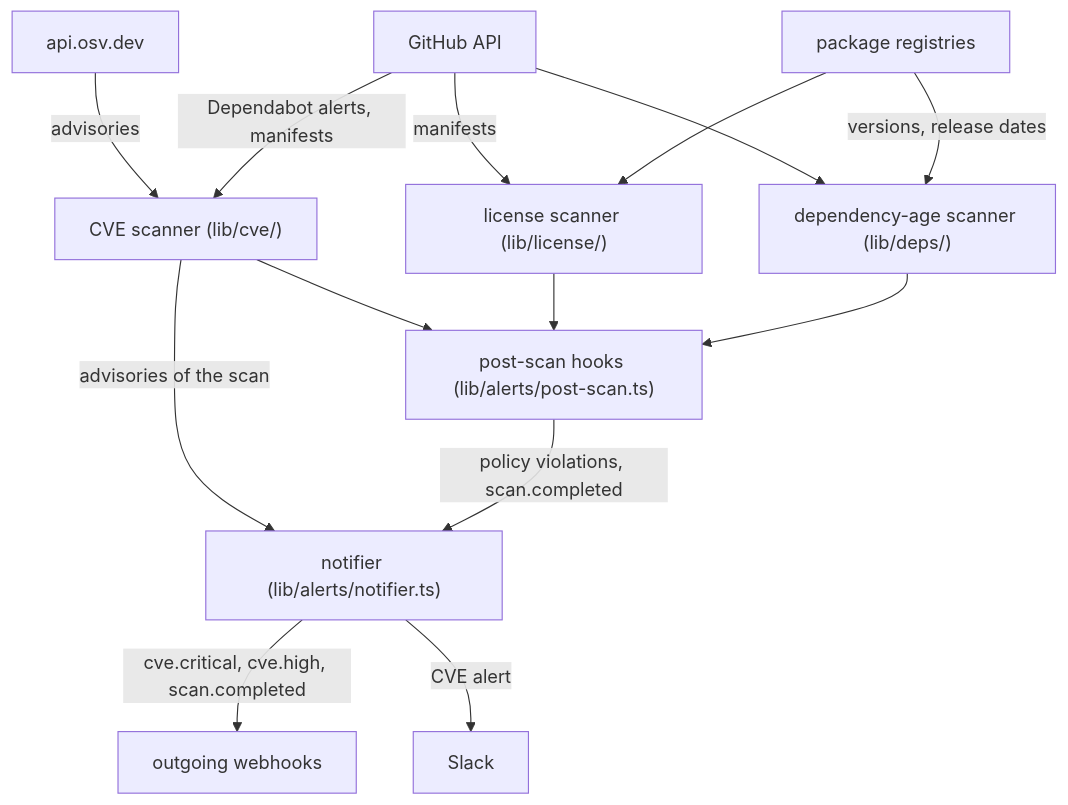
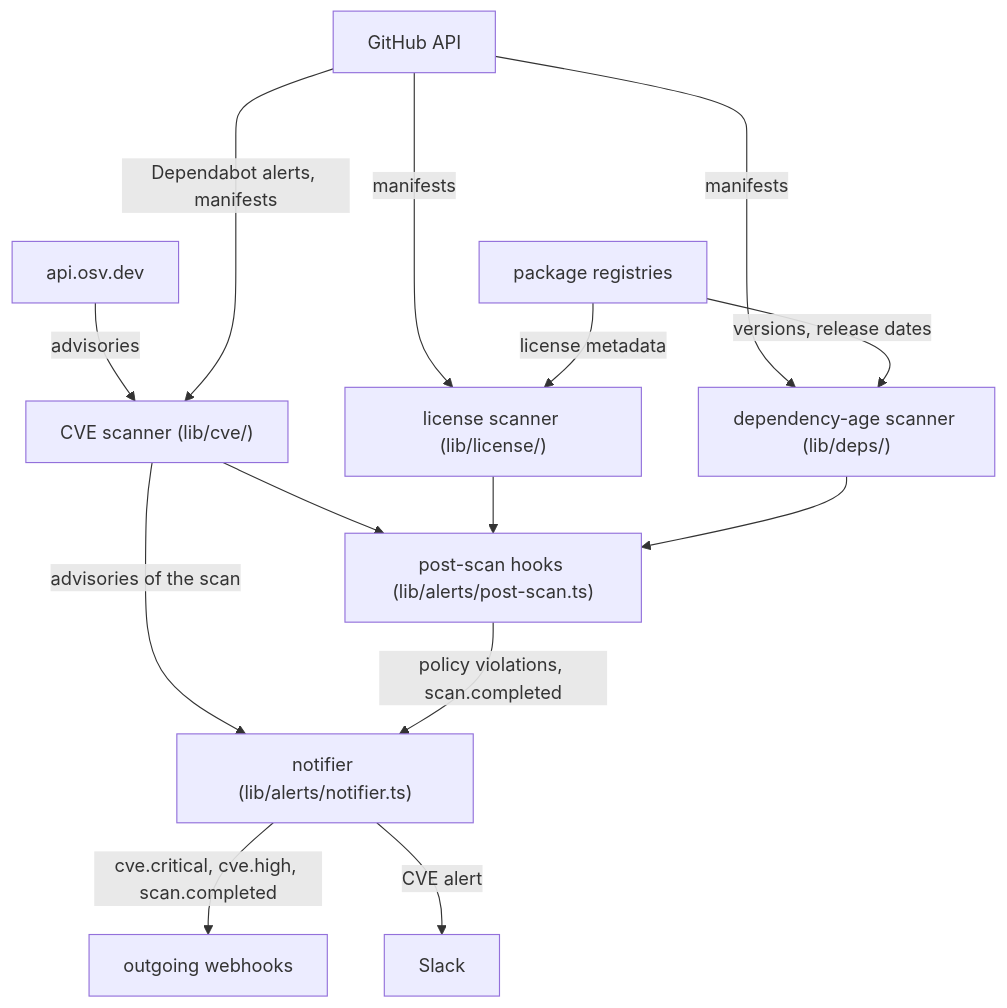
Before and after one commit to LanNguyenSi/depsight: the second of 2 diagrams in docs/architecture.md, drawn with Mermaid. The commit also changed other lines of this file and 5 other files, not shown here.

First line of the commit message:
docs: align examples, token scope defaults and diagrams with the code

````diff
--- a/docs/architecture.md
+++ b/docs/architecture.md
@@ -82,16 +85,16 @@
 ```mermaid
 flowchart TD
   OSV["api.osv.dev"] -->|advisories| CVE["CVE scanner (lib/cve/)"]
   GH["GitHub API"] -->|"Dependabot alerts, manifests"| CVE
   GH -->|manifests| LIC["license scanner (lib/license/)"]
-  GH --> DEPS["dependency-age scanner (lib/deps/)"]
-  REG["package registries"] -->|"versions, release dates"| DEPS
-  REG --> LIC
+  REG["package registries"] -->|"license metadata"| LIC
+  GH ---->|manifests| DEPS["dependency-age scanner (lib/deps/)"]
+  REG -->|"versions, release dates"| DEPS
   CVE -->|"advisories of the scan"| NOTIFY["notifier (lib/alerts/notifier.ts)"]
   CVE --> POST["post-scan hooks (lib/alerts/post-scan.ts)"]
   LIC --> POST
   DEPS --> POST
   POST -->|"policy violations, scan.completed"| NOTIFY
   NOTIFY -->|"cve.critical, cve.high, scan.completed"| OUT["outgoing webhooks"]
   NOTIFY -->|"CVE alert"| SLACK["Slack"]
 ```
````
